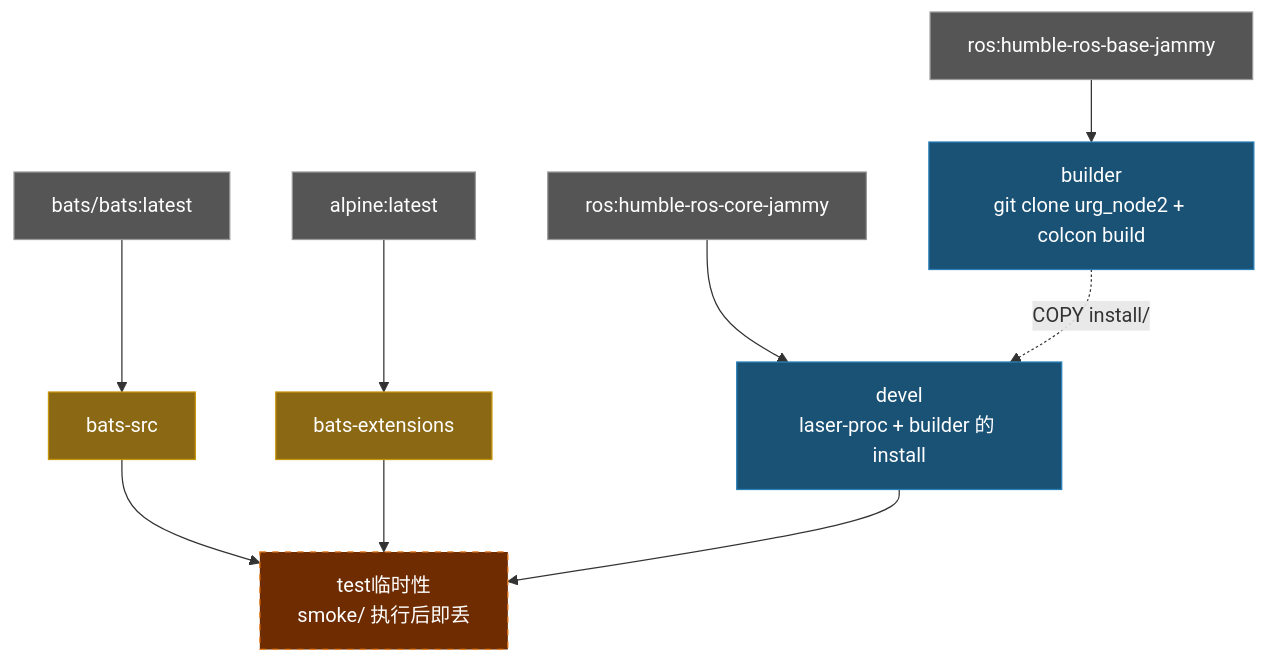
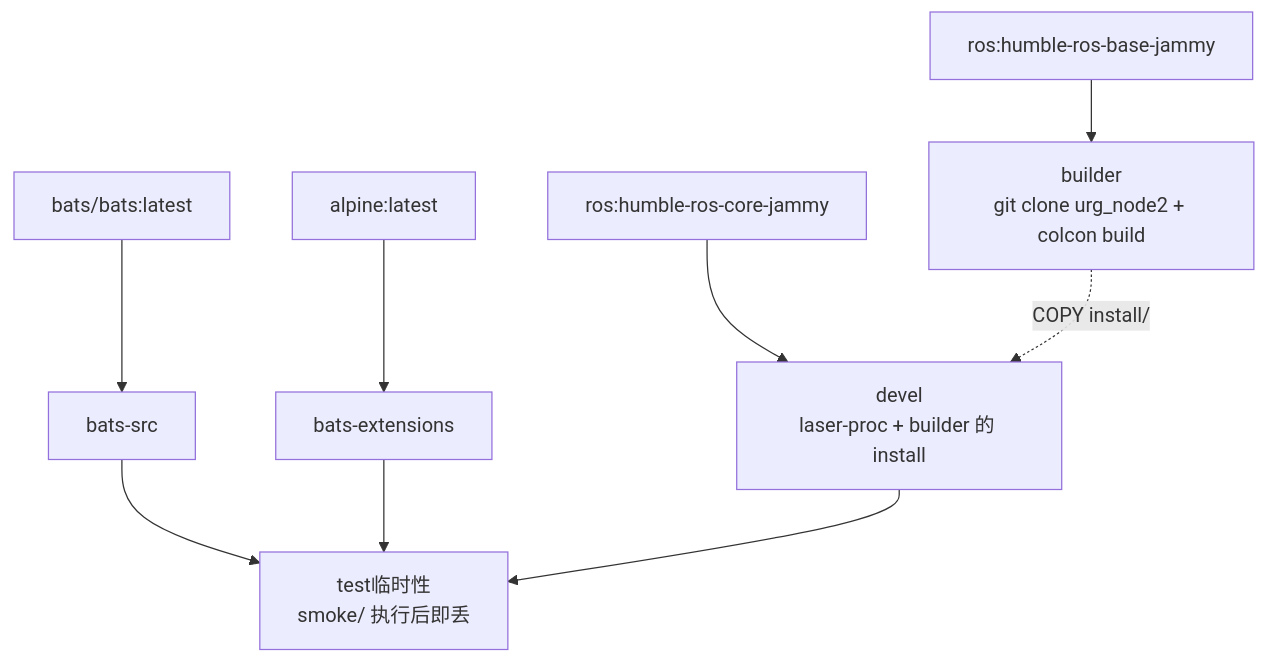
The diagram in doc/README.zh-CN.md (ycpss91255-docker/urg_node_humble), drawn with Mermaid before and after one commit. The commit also changed 3 other files, not shown here.

Commit message:
docs: remove mermaid background colors from architecture diagrams

````diff
--- a/doc/README.zh-CN.md
+++ b/doc/README.zh-CN.md
@@ -96,24 +96,20 @@
 ```mermaid
 graph TD
-    EXT1["bats/bats:latest"]:::external
-    EXT2["alpine:latest"]:::external
-    EXT3["ros:humble-ros-base-jammy"]:::external
-    EXT4["ros:humble-ros-core-jammy"]:::external
+    EXT1["bats/bats:latest"]
+    EXT2["alpine:latest"]
+    EXT3["ros:humble-ros-base-jammy"]
+    EXT4["ros:humble-ros-core-jammy"]
 
-    EXT1 --> bats-src["bats-src"]:::tool
-    EXT2 --> bats-ext["bats-extensions"]:::tool
+    EXT1 --> bats-src["bats-src"]
+    EXT2 --> bats-ext["bats-extensions"]
 
-    EXT3 --> builder["builder\ngit clone urg_node2 + colcon build"]:::stage
+    EXT3 --> builder["builder\ngit clone urg_node2 + colcon build"]
 
-    EXT4 --> devel["devel\nlaser-proc + builder 的 install"]:::stage
+    EXT4 --> devel["devel\nlaser-proc + builder 的 install"]
     builder -.->|COPY install/| devel
 
-    bats-src --> test["test临时性\nsmoke/ 执行后即丢"]:::ephemeral
+    bats-src --> test["test临时性\nsmoke/ 执行后即丢"]
     bats-ext --> test
     devel --> test
 
-    classDef external fill:#555,color:#fff,stroke:#999
-    classDef tool fill:#8B6914,color:#fff,stroke:#c8960c
-    classDef stage fill:#1a5276,color:#fff,stroke:#2980b9
-    classDef ephemeral fill:#6e2c00,color:#fff,stroke:#e67e22,stroke-dasharray:5 5
 ```
````
